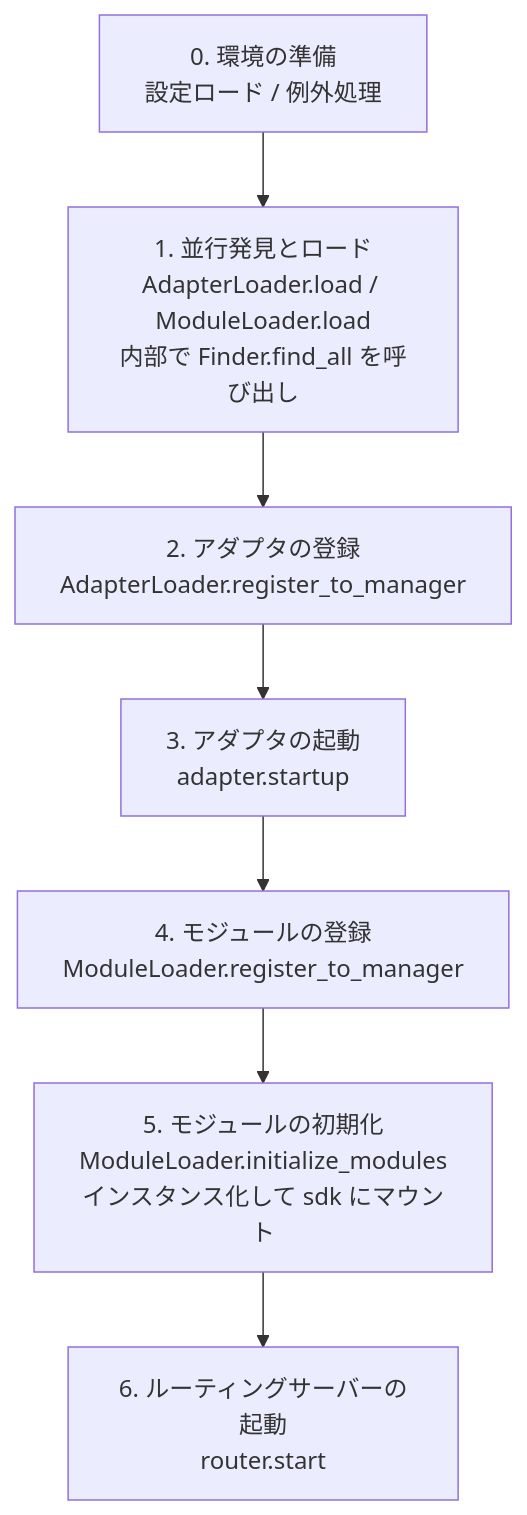
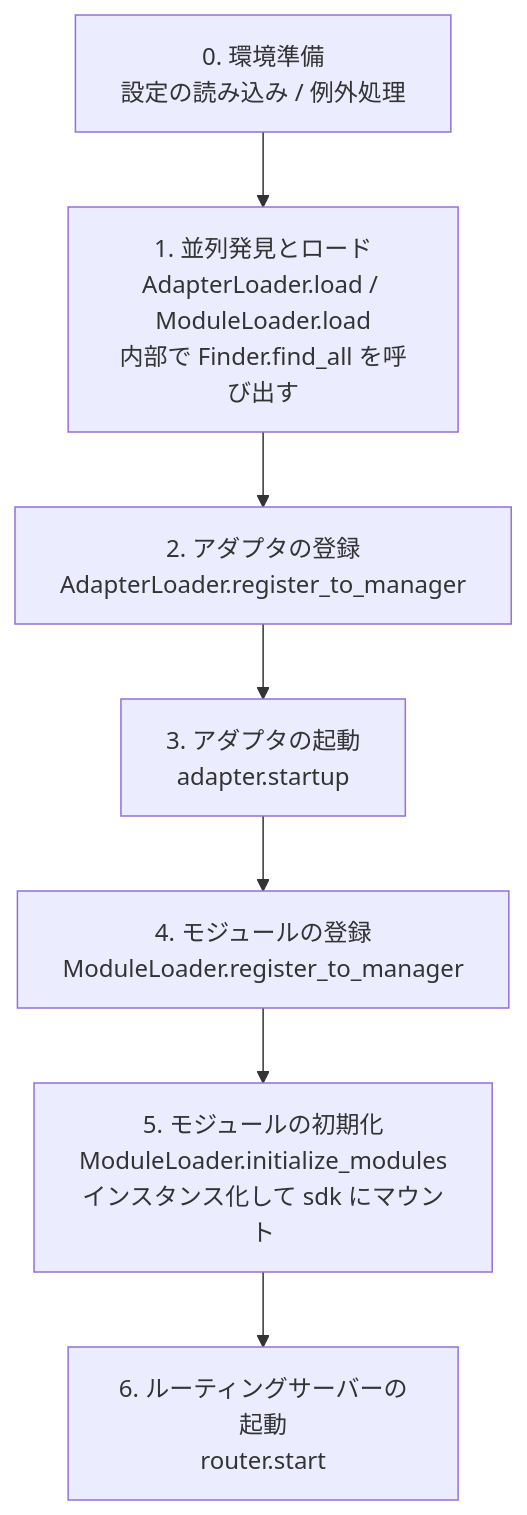
Before and after one commit to ErisPulse/ErisPulse: the diagram in docs/ja/advanced/startup.md, drawn with Mermaid. The commit also changed other lines of this file and 75 other files, not shown here.

````diff
--- a/docs/ja/advanced/startup.md
+++ b/docs/ja/advanced/startup.md
@@ -31,10 +30,10 @@
 ```mermaid
 flowchart TD
-    A[0. 環境の準備<br/>設定ロード / 例外処理] --> B
-    B[1. 並行発見とロード<br/>AdapterLoader.load / ModuleLoader.load<br/>内部で Finder.find_all を呼び出し] --> C
+    A[0. 環境準備<br/>設定の読み込み / 例外処理] --> B
+    B[1. 並列発見とロード<br/>AdapterLoader.load / ModuleLoader.load<br/>内部で Finder.find_all を呼び出す] --> C
     C[2. アダプタの登録<br/>AdapterLoader.register_to_manager] --> D
     D[3. アダプタの起動<br/>adapter.startup] --> E
     E[4. モジュールの登録<br/>ModuleLoader.register_to_manager] --> F
     F[5. モジュールの初期化<br/>ModuleLoader.initialize_modules<br/>インスタンス化して sdk にマウント] --> G
     G[6. ルーティングサーバーの起動<br/>router.start]
 ```
````
